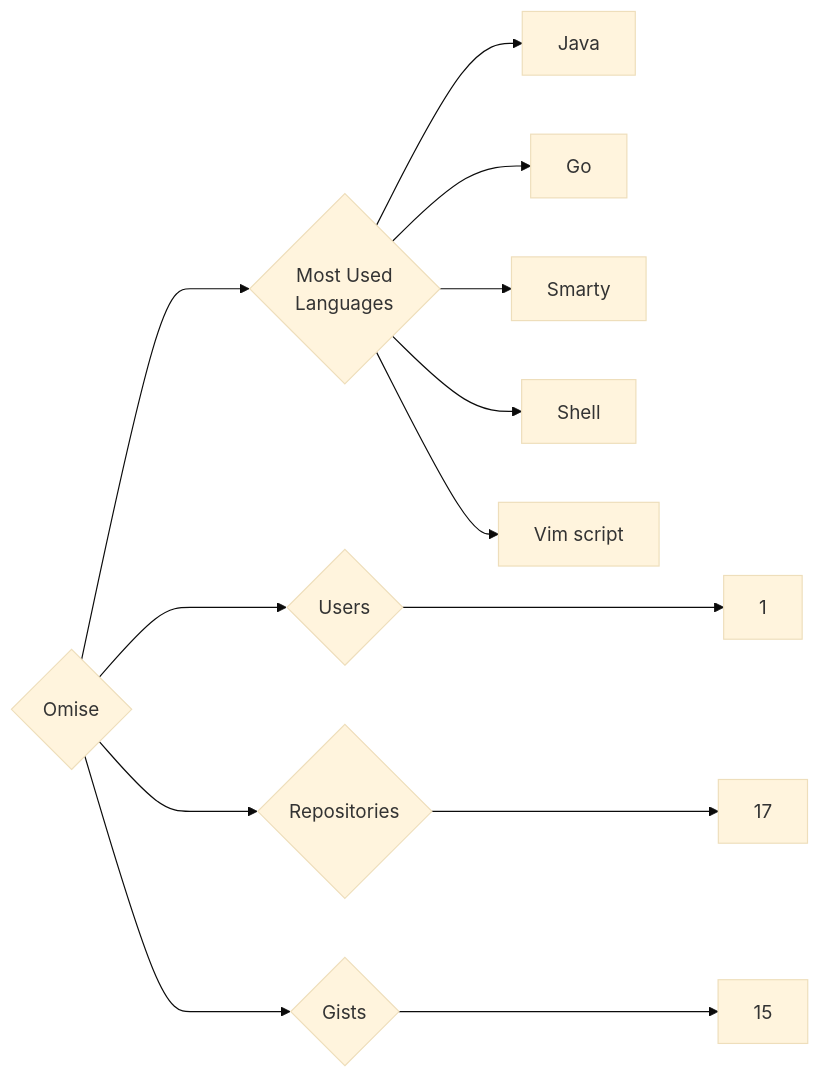
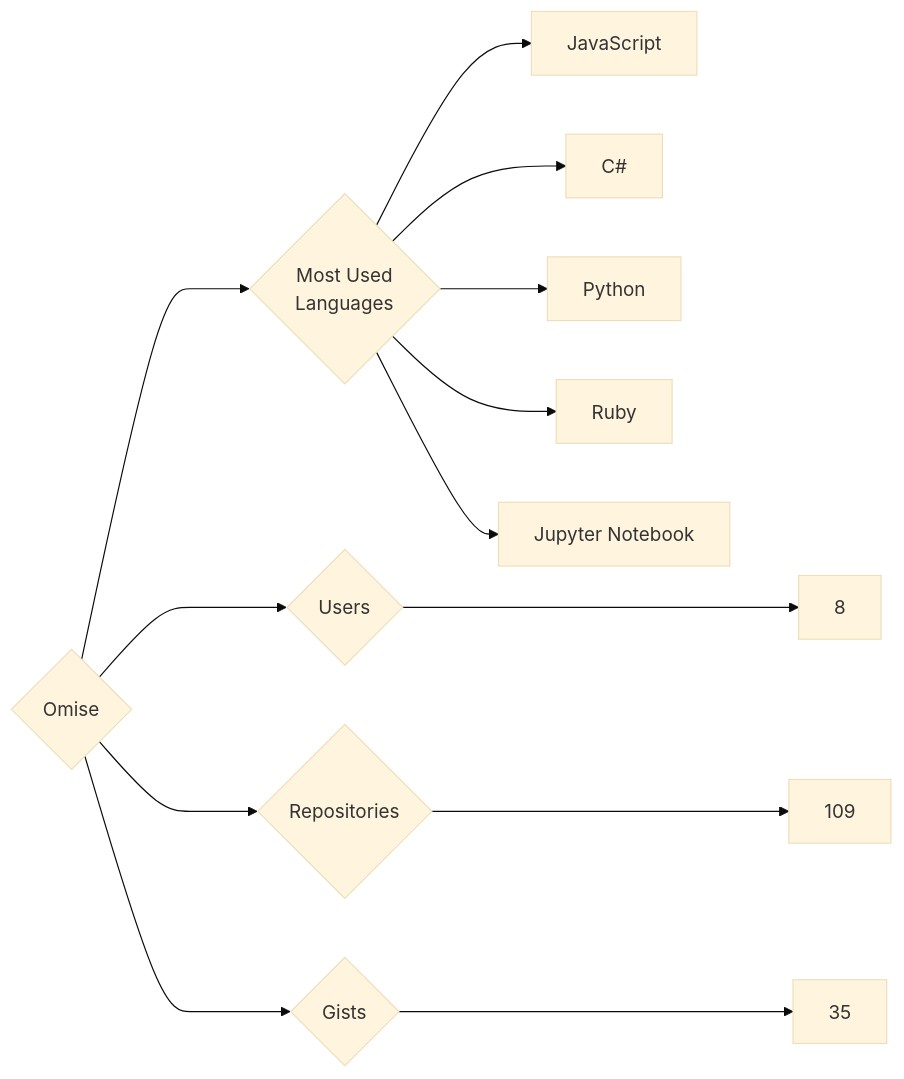
One commit to trickest/insiders changed the diagram in targets/Omise/README.md. Above: the diagram before and after it, drawn with Mermaid (base theme). The commit also changed 939 other files, not shown here.

````diff
--- a/targets/Omise/README.md
+++ b/targets/Omise/README.md
@@ -3,13 +3,13 @@
 ```mermaid
 graph LR
 COMPANY_NAME{Omise}
-COMPANY_NAME ---> U{Users} ---> UN[1]
-COMPANY_NAME ---> R{Repositories} ---> RN[17]
-COMPANY_NAME ---> G{Gists} ---> GN[15]
+COMPANY_NAME ---> U{Users} ---> UN[8]
+COMPANY_NAME ---> R{Repositories} ---> RN[109]
+COMPANY_NAME ---> G{Gists} ---> GN[35]
 COMPANY_NAME ---> ML{Most Used<br>Languages}
-ML --> Java[Java]
-ML --> Go[Go]
-ML --> Smarty[Smarty]
-ML --> Shell[Shell]
-ML --> Vim_script[Vim script]
+ML --> JavaScript[JavaScript]
+ML --> C#[C#]
+ML --> Python[Python]
+ML --> Ruby[Ruby]
+ML --> Jupyter_Notebook[Jupyter Notebook]
 ```
````
